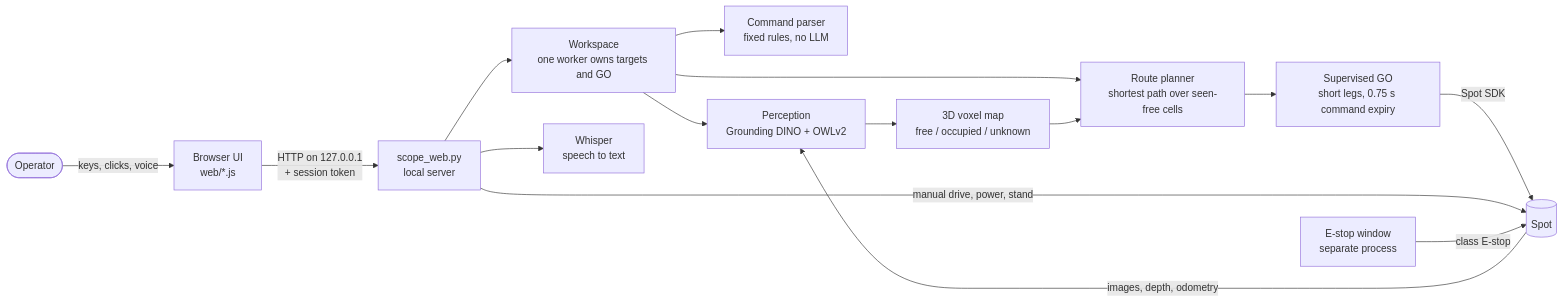
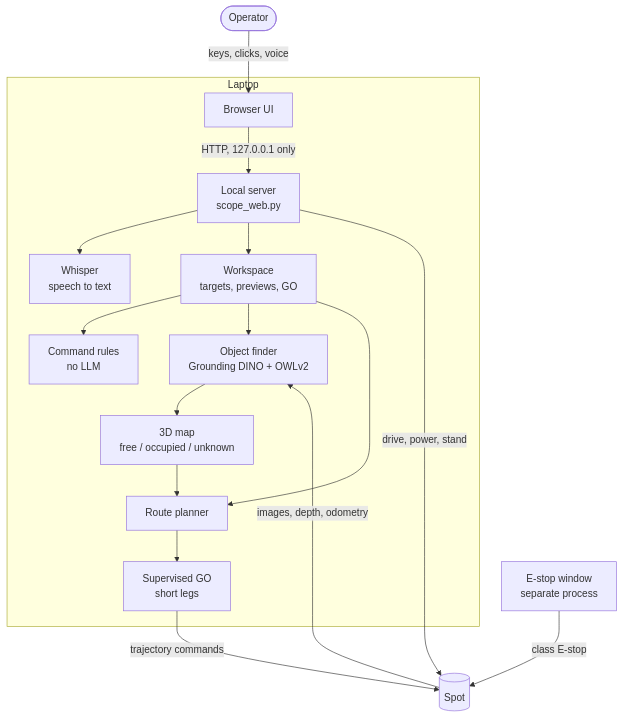
Before and after one commit to MonishSaravana/boston-dynamics-spot-control-console: the first of 2 diagrams in README.md, drawn with Mermaid.

Commit message:
Make the architecture diagram readable on GitHub

````diff
--- a/README.md
+++ b/README.md
@@ -26,17 +26,20 @@
 ```mermaid
-flowchart LR
-    op([Operator]) -- "keys, clicks, voice" --> ui["Browser UI<br/>web/*.js"]
-    ui -- "HTTP on 127.0.0.1<br/>+ session token" --> srv["scope_web.py<br/>local server"]
-    srv --> ws["Workspace<br/>one worker owns targets and GO"]
-    srv --> stt["Whisper<br/>speech to text"]
-    ws --> cmd["Command parser<br/>fixed rules, no LLM"]
-    ws --> per["Perception<br/>Grounding DINO + OWLv2"]
-    per --> map["3D voxel map<br/>free / occupied / unknown"]
-    ws --> plan["Route planner<br/>shortest path over seen-free cells"]
-    map --> plan
-    plan --> go["Supervised GO<br/>short legs, 0.75 s command expiry"]
-    go -- "Spot SDK" --> spot[("Spot")]
-    srv -- "manual drive, power, stand" --> spot
+flowchart TB
+    op([Operator]) -- "keys, clicks, voice" --> ui
+    subgraph laptop["Laptop"]
+        ui["Browser UI"] -- "HTTP, 127.0.0.1 only" --> srv["Local server<br/>scope_web.py"]
+        srv --> stt["Whisper<br/>speech to text"]
+        srv --> ws["Workspace<br/>targets, previews, GO"]
+        ws --> cmd["Command rules<br/>no LLM"]
+        ws --> per["Object finder<br/>Grounding DINO + OWLv2"]
+        per --> map["3D map<br/>free / occupied / unknown"]
+        map --> plan["Route planner"]
+        ws --> plan
+        plan --> go["Supervised GO<br/>short legs"]
+    end
+    estop["E-stop window<br/>separate process"]
+    go -- "trajectory commands" --> spot[("Spot")]
+    srv -- "drive, power, stand" --> spot
     spot -- "images, depth, odometry" --> per
-    estop["E-stop window<br/>separate process"] -- "class E-stop" --> spot
+    estop -- "class E-stop" --> spot
 ```
````
